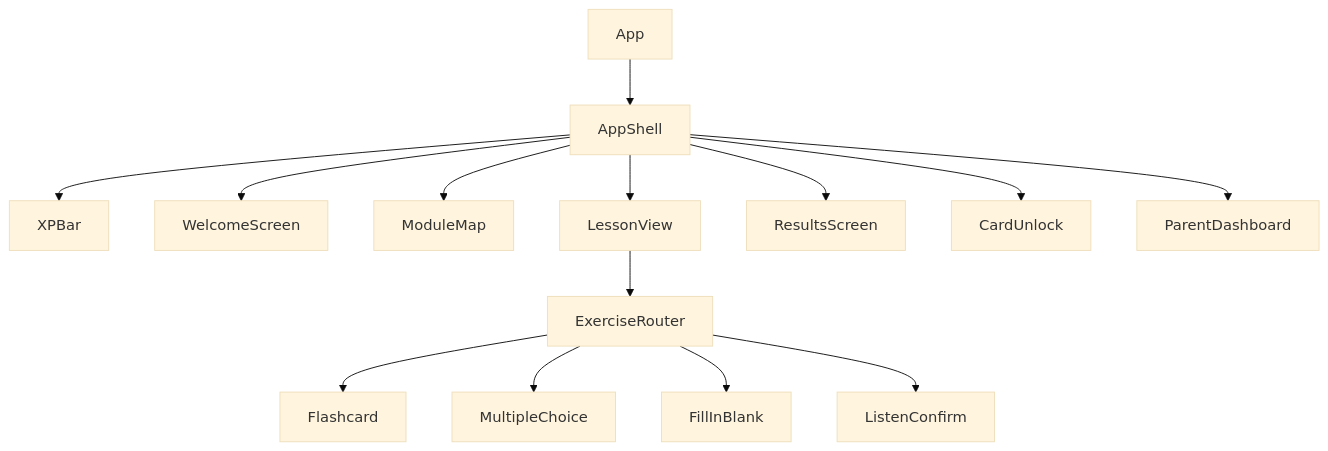
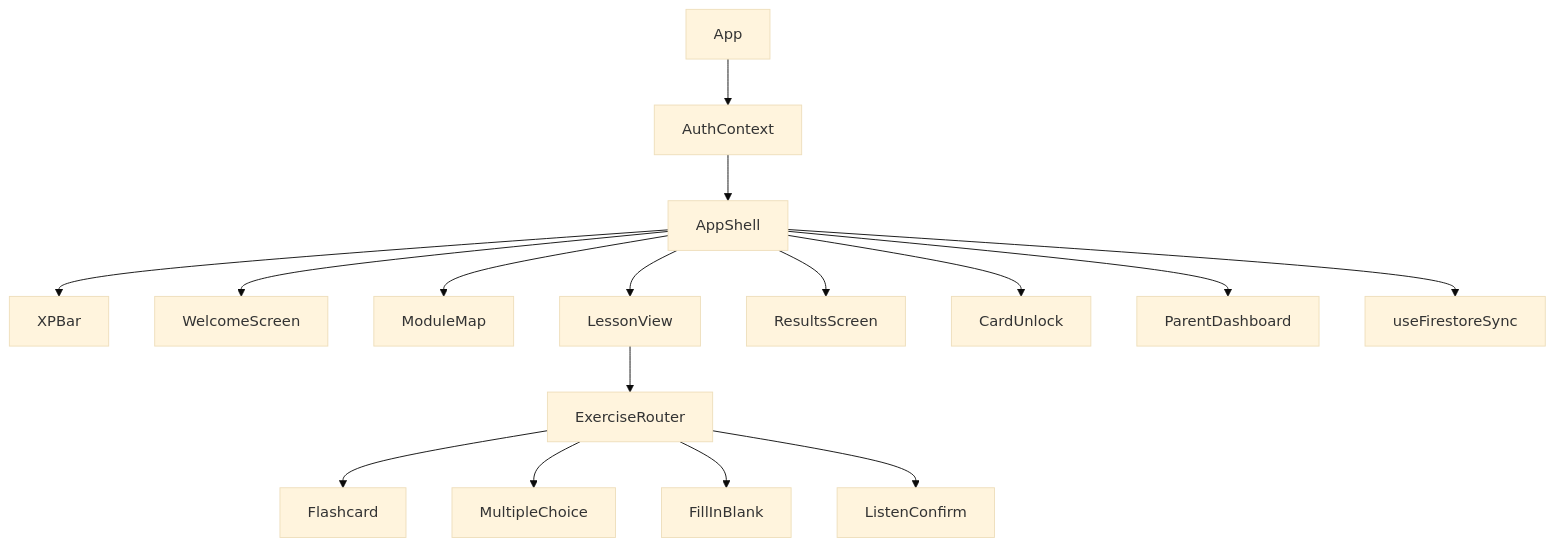
One commit to RandixGit/DeutschForJay changed the third of 7 diagrams in docs/architecture.md. Above: the diagram before and after it, drawn with Mermaid (base theme). The commit also changed other lines of this file and 1 other file, not shown here.

First line of the commit message:
Update README and architecture docs to reflect recent changes

````diff
--- a/docs/architecture.md
+++ b/docs/architecture.md
@@ -63,17 +66,20 @@
 ```mermaid
 graph TD
-    App --> AppShell
+    App --> AuthContext
+    AuthContext --> AppShell
     AppShell --> XPBar
     AppShell --> WelcomeScreen
     AppShell --> ModuleMap
     AppShell --> LessonView
     AppShell --> ResultsScreen
     AppShell --> CardUnlock
     AppShell --> ParentDashboard
 
+    AppShell --> useFirestoreSync
+
     LessonView --> ExerciseRouter
     ExerciseRouter --> Flashcard
     ExerciseRouter --> MultipleChoice
     ExerciseRouter --> FillInBlank
     ExerciseRouter --> ListenConfirm
 ```
````
